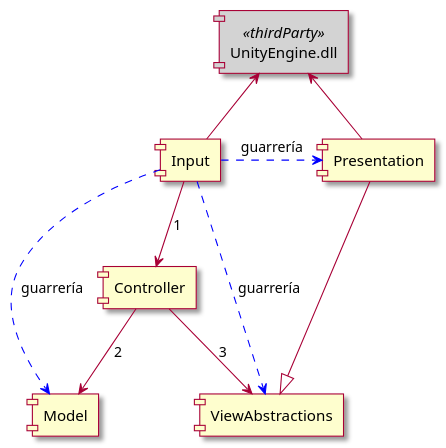
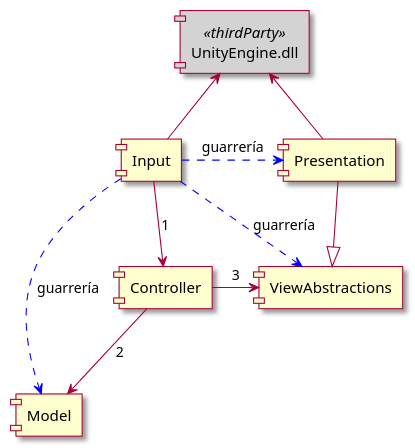
One commit to RicardoGuzmanVelasco/ArchitecturalCookieClicker changed the diagram in Assets/CoD/Docs~/Architecture.puml. Above: the diagram before and after it, drawn with PlantUML.

Commit message:
docs: architectural levels by nature

```diff
--- a/Assets/CoD/Docs~/Architecture.puml
+++ b/Assets/CoD/Docs~/Architecture.puml
@@ -1,26 +1,26 @@
 @startuml
 skin rose
 skinparam componentstyle uml1
 
 component Model
 component Presentation
 component Input
 component Controller
 component ViewAbstractions
 
 component UnityEngine.dll <<thirdParty>> #lightgray
 
 Input --> Controller : 1
 Controller --> Model : 2
 Presentation --|> ViewAbstractions
-Controller --> ViewAbstractions : 3
+Controller -> ViewAbstractions : 3
 
 Presentation -u-> UnityEngine.dll
 Input -u-> UnityEngine.dll
 
 
 Input ..> ViewAbstractions #blue : guarrería
 Input ..> Model #blue : guarrería
 Input .> Presentation #blue : guarrería
 
 @enduml
```
